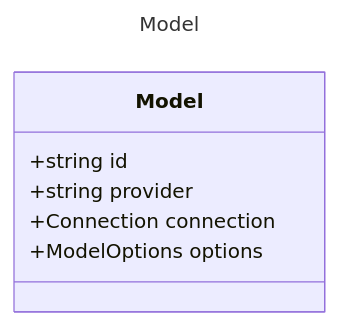
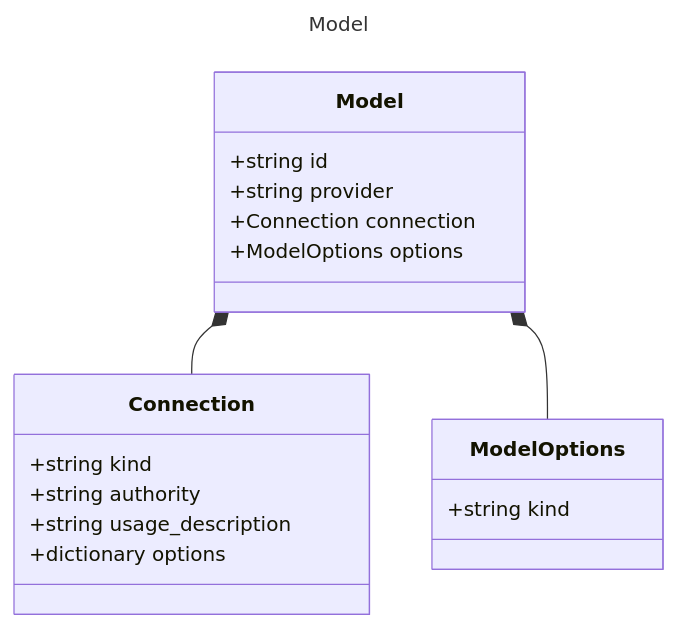
The diagram in specification/prompty/docs/Model.md (microsoft/prompty), drawn with Mermaid before and after one commit. The commit also changed 12 other files, not shown here.

Commit message:
renforced compositional types into diagrams

````diff
--- a/specification/prompty/docs/Model.md
+++ b/specification/prompty/docs/Model.md
@@ -9,12 +9,23 @@
 ```mermaid
 ---
 title: Model
 ---
 classDiagram
     class Model {
         +string id
         +string provider
         +Connection connection
         +ModelOptions options
     }
+    class Connection {
+        +string kind
+        +string authority
+        +string usage_description
+        +dictionary options
+    }
+    Model *-- Connection
+    class ModelOptions {
+        +string kind
+    }
+    Model *-- ModelOptions
 ```
````
